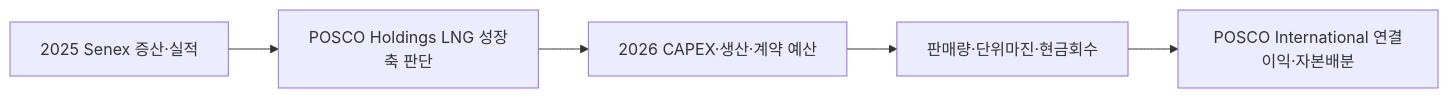
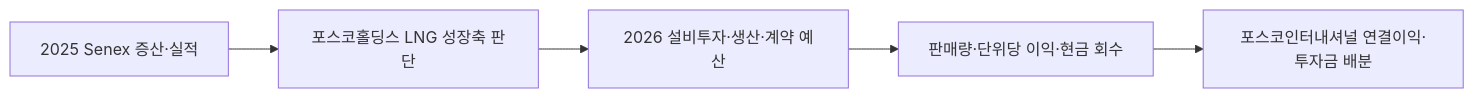
Before and after one commit to arik1988/posco-market-sensing-wiki: the diagram in market-sensing-wiki/signals/SIG-067F405D30C8.md, drawn with Mermaid. The commit also changed other lines of this file and 143 other files, not shown here.

````diff
--- a/market-sensing-wiki/signals/SIG-067F405D30C8.md
+++ b/market-sensing-wiki/signals/SIG-067F405D30C8.md
@@ -68,7 +117,7 @@
 ```mermaid
 flowchart LR
- A[2025 Senex 증산·실적] --> B[POSCO Holdings LNG 성장축 판단]
- B --> C[2026 CAPEX·생산·계약 예산]
- C --> D[판매량·단위마진·현금회수]
- D --> E[POSCO International 연결이익·자본배분]
+ A[2025 Senex 증산·실적] --> B[포스코홀딩스 LNG 성장축 판단]
+ B --> C[2026 설비투자·생산·계약 예산]
+ C --> D[판매량·단위당 이익·현금 회수]
+ D --> E[포스코인터내셔널 연결이익·투자금 배분]
 ```
````
